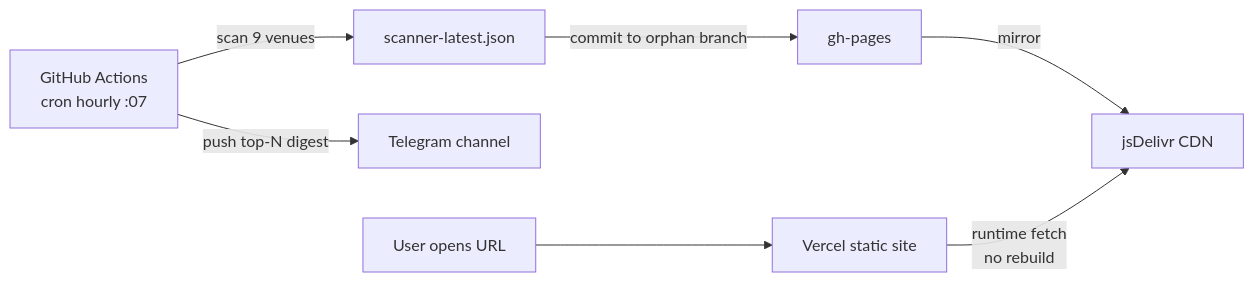
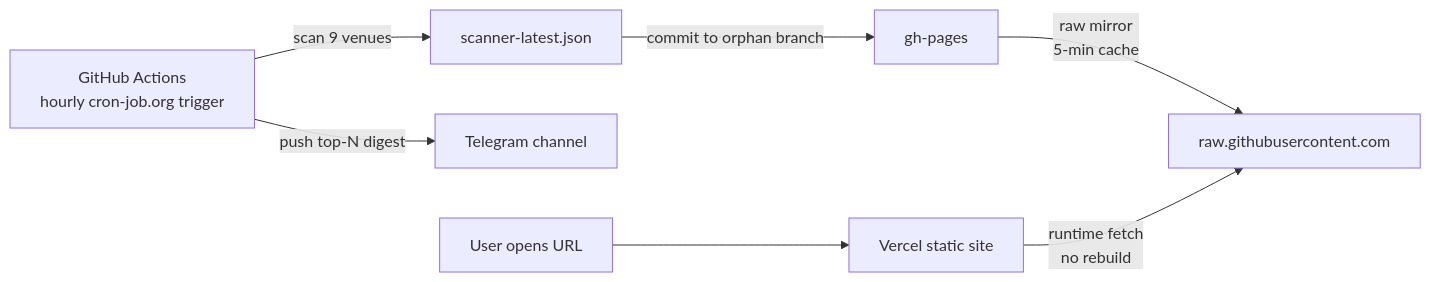
The second of 2 diagrams in README.md (counterfactual5/funding-arb), drawn with Mermaid before and after one commit. The commit also changed other lines of this file and 12 other files, not shown here.

Commit message:
fix(demo): switch to raw.githubusercontent for real-time update & add client-side filters

````diff
--- a/README.md
+++ b/README.md
@@ -190,9 +190,9 @@
 ```mermaid
 graph LR
-    A[GitHub Actions<br/>cron hourly :07] -->|scan 9 venues| B[scanner-latest.json]
+    A[GitHub Actions<br/>hourly cron-job.org trigger] -->|scan 9 venues| B[scanner-latest.json]
     A -->|push top-N digest| C[Telegram channel]
     B -->|commit to orphan branch| D[gh-pages]
-    D -->|mirror| E[jsDelivr CDN]
+    D -->|raw mirror<br/>5-min cache| E[raw.githubusercontent.com]
     F[Vercel static site] -->|runtime fetch<br/>no rebuild| E
     G[User opens URL] --> F
 ```
````
